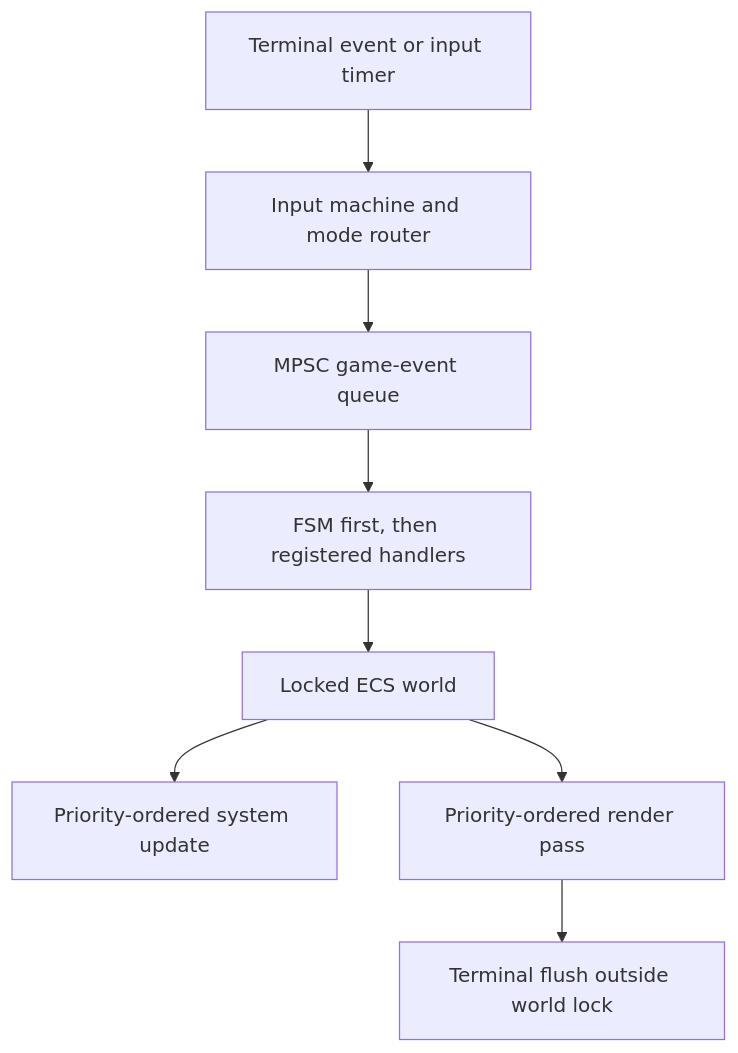
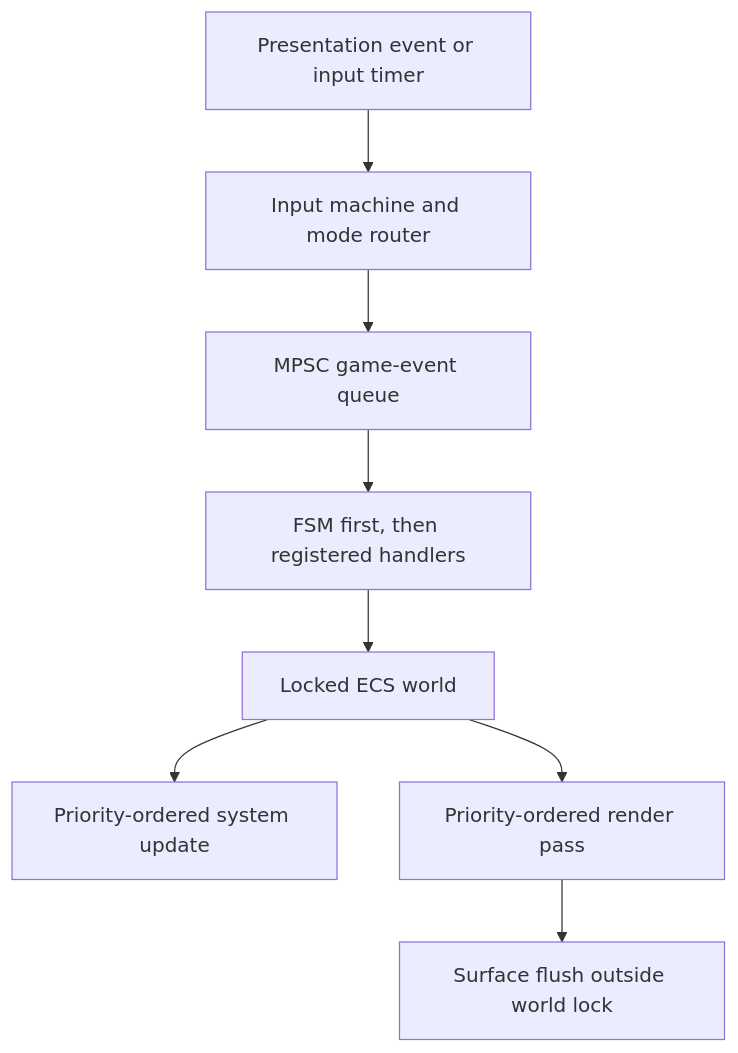
The third of 3 diagrams in doc/architecture.md (lixenwraith/vif), drawn with Mermaid before and after one commit. The commit also changed other lines of this file and 23 other files, not shown here.

````diff
--- a/doc/architecture.md
+++ b/doc/architecture.md
@@ -101,10 +101,10 @@
 ```mermaid
 flowchart TD
-    Input["Terminal event or input timer"] --> Intent["Input machine and mode router"]
+    Input["Presentation event or input timer"] --> Intent["Input machine and mode router"]
     Intent --> Queue["MPSC game-event queue"]
     Queue --> Settle["FSM first, then registered handlers"]
     Settle --> World["Locked ECS world"]
     World --> Systems["Priority-ordered system update"]
     World --> Render["Priority-ordered render pass"]
-    Render --> Flush["Terminal flush outside world lock"]
+    Render --> Flush["Surface flush outside world lock"]
 ```
````
